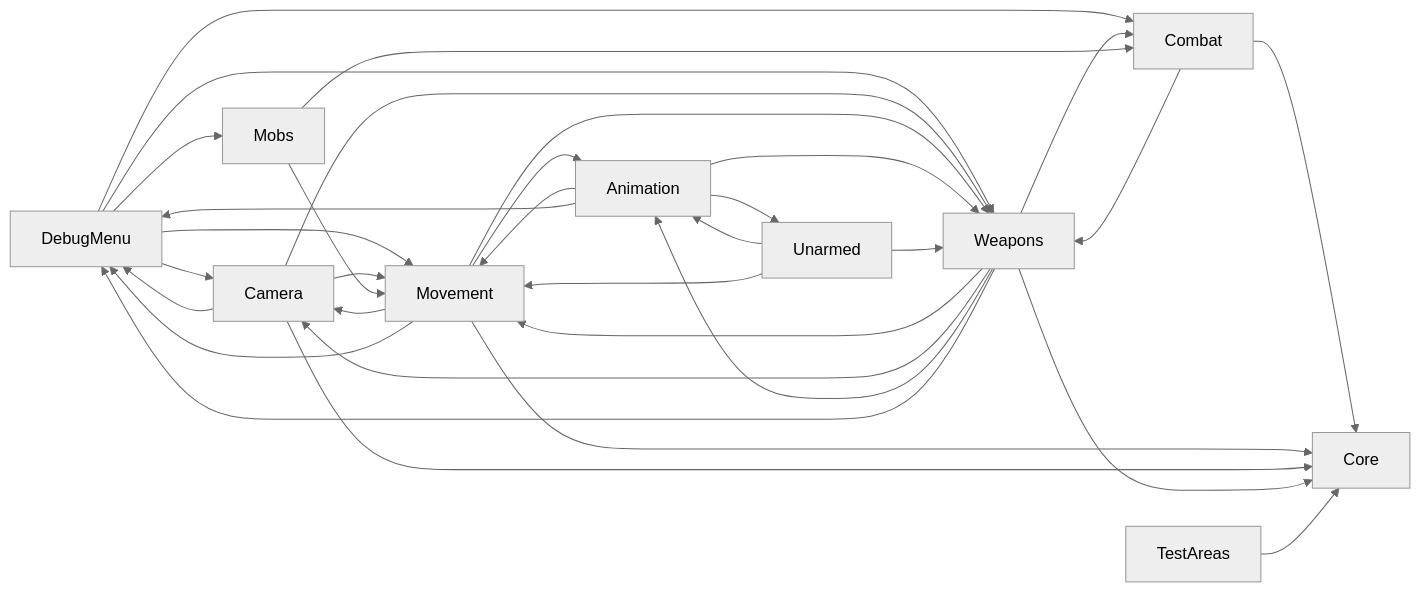
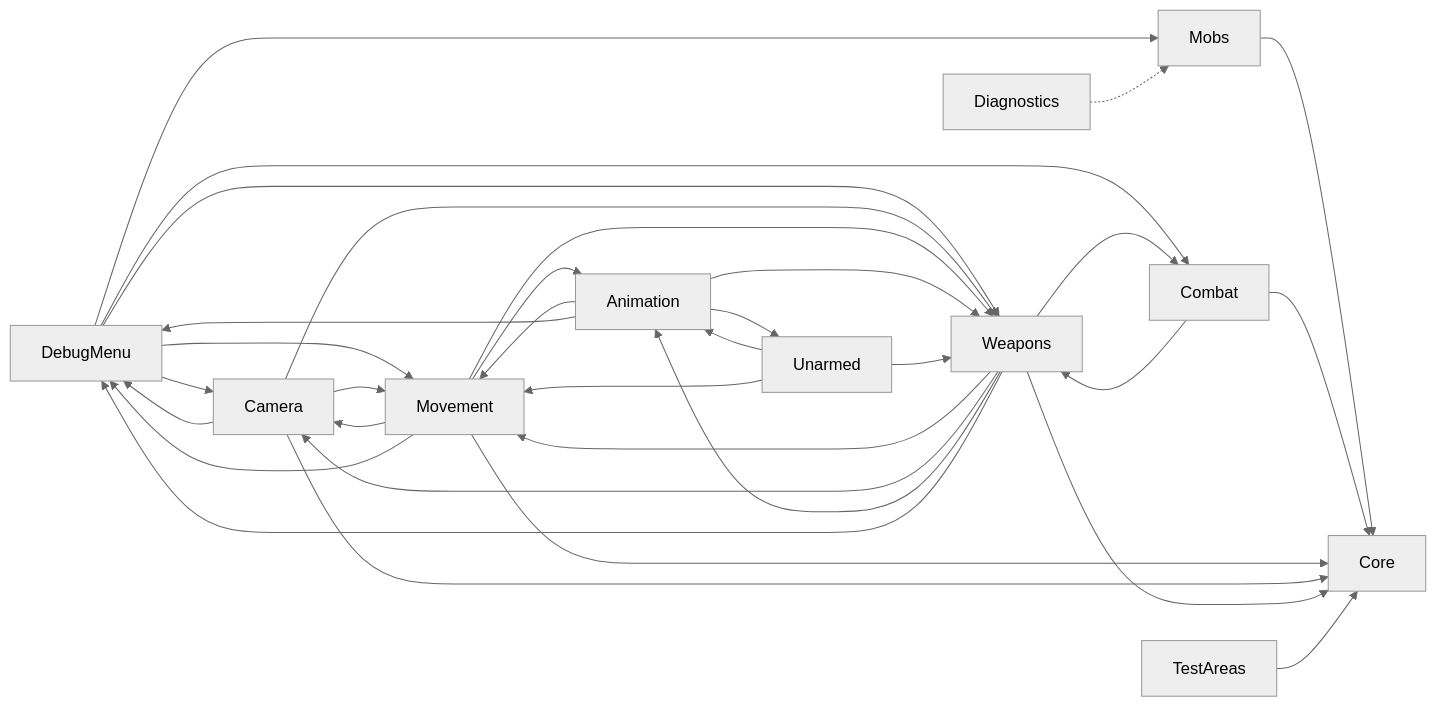
The diagram in docs/ARCHITECTURE.md (gagejack/unityTestProject), drawn with Mermaid (neutral theme) before and after one commit. The commit also changed other lines of this file and 32 other files, not shown here.

````diff
--- a/docs/ARCHITECTURE.md
+++ b/docs/ARCHITECTURE.md
@@ -24,14 +24,15 @@
 ```mermaid
 flowchart LR
     Menu[DebugMenu] --> Camera & Movement & Weapons & Mobs & Combat
     Camera --> Movement & Weapons & Menu
     Movement --> Camera & Animation & Weapons & Menu
     Animation --> Movement & Weapons & Unarmed & Menu
     Unarmed --> Animation & Weapons & Movement
     Weapons --> Movement & Camera & Animation & Combat & Menu
     Combat --> Weapons
-    Mobs --> Movement & Combat
+    Mobs --> Core
     Combat --> Core
     Movement & Camera & Weapons --> Core
+    Diagnostics -.-> Mobs
     TestAreas --> Core
 ```
````
